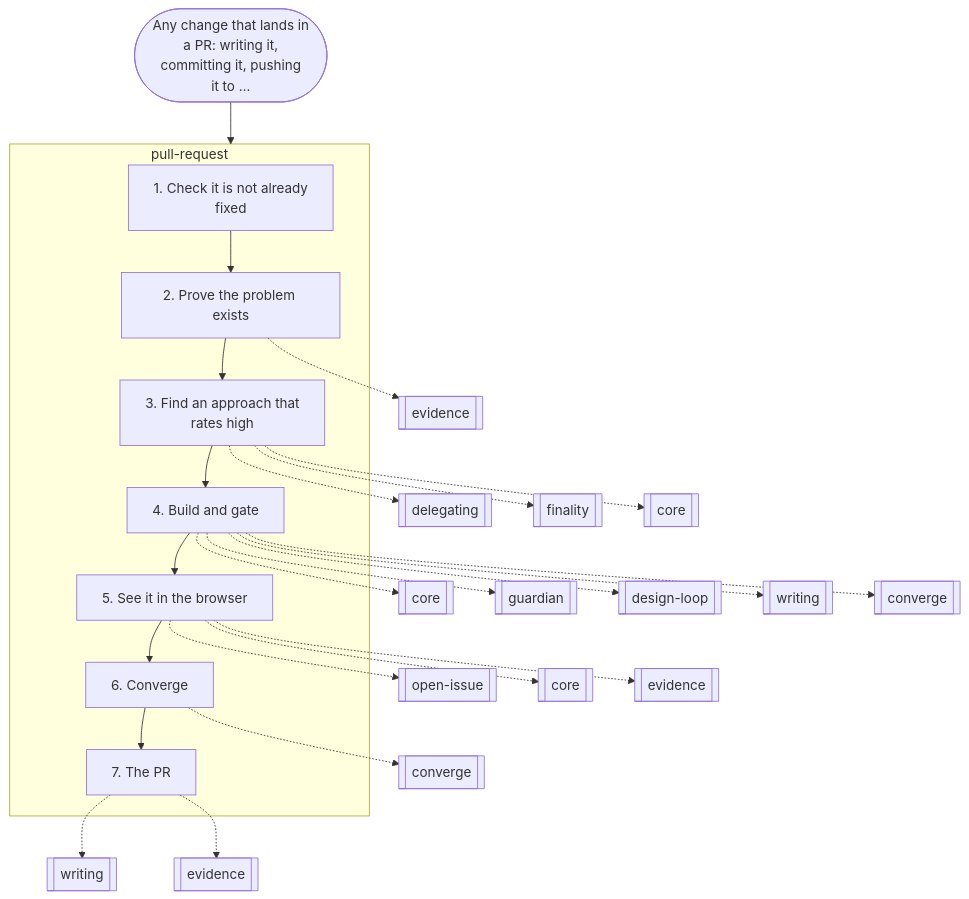
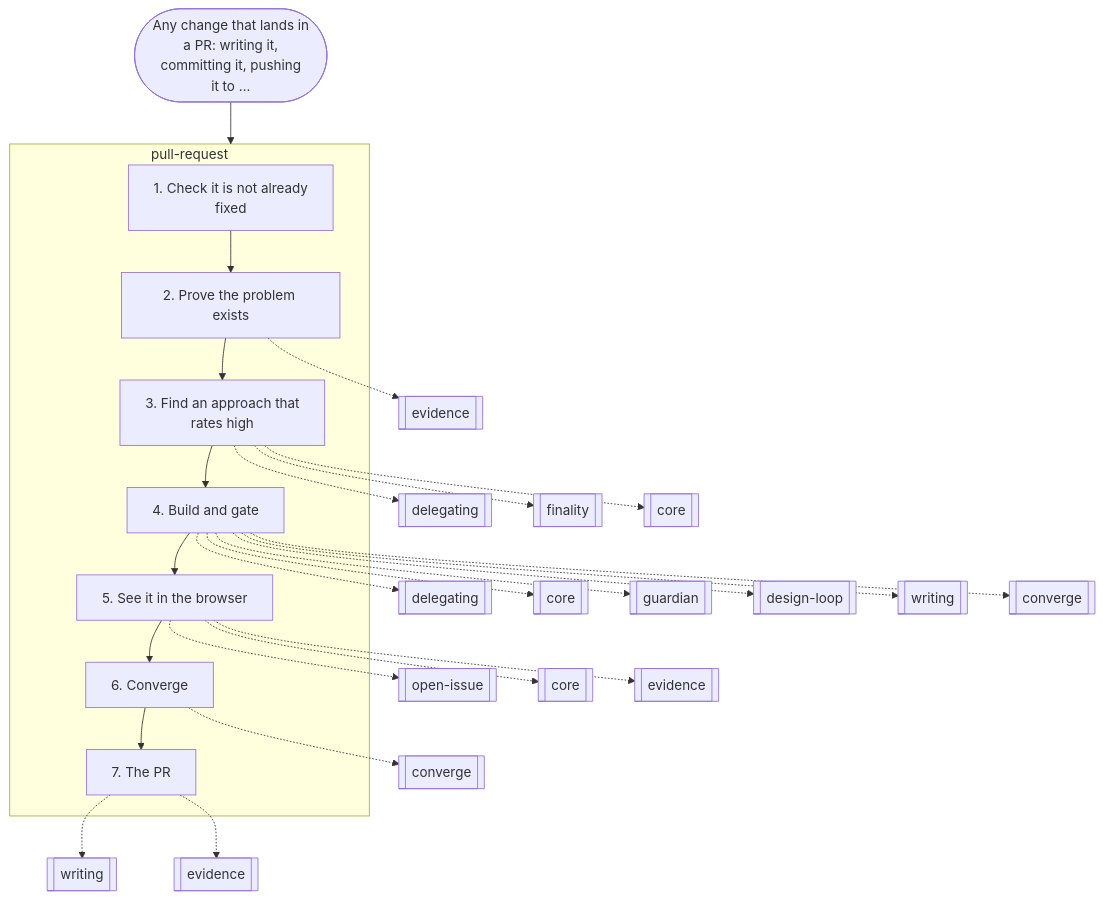
Before and after one commit to nitedani/mergeworthy: the seventh of 17 diagrams in docs/graphs.md, drawn with Mermaid. The commit also changed other lines of this file and 4 other files, not shown here.

Commit message:
Green CI: regenerate docs/graphs.md, and tests/all.sh runs every CI check before a push

````diff
--- a/docs/graphs.md
+++ b/docs/graphs.md
@@ -206,35 +210,36 @@
 ```mermaid
 flowchart TB
   start(["Any change that lands in<br/>a PR: writing it,<br/>committing it, pushing<br/>it to …"])
   subgraph g0["pull-request"]
     s0["1. Check it is not already<br/>fixed"]
     s1["2. Prove the problem exists"]
     s0 --> s1
     s2["3. Find an approach that<br/>rates high"]
     s1 --> s2
     s3["4. Build and gate"]
     s2 --> s3
     s4["5. See it in the browser"]
     s3 --> s4
     s5["6. Converge"]
     s4 --> s5
     s6["7. The PR"]
     s5 --> s6
   end
   s1 -.-> r1[["evidence"]]
   s2 -.-> r2[["delegating"]]
   s2 -.-> r3[["finality"]]
   s2 -.-> r4[["core"]]
-  s3 -.-> r5[["core"]]
-  s3 -.-> r6[["guardian"]]
-  s3 -.-> r7[["design-loop"]]
-  s3 -.-> r8[["writing"]]
-  s3 -.-> r9[["converge"]]
-  s4 -.-> r10[["open-issue"]]
-  s4 -.-> r11[["core"]]
-  s4 -.-> r12[["evidence"]]
-  s5 -.-> r13[["converge"]]
-  s6 -.-> r14[["writing"]]
-  s6 -.-> r15[["evidence"]]
+  s3 -.-> r5[["delegating"]]
+  s3 -.-> r6[["core"]]
+  s3 -.-> r7[["guardian"]]
+  s3 -.-> r8[["design-loop"]]
+  s3 -.-> r9[["writing"]]
+  s3 -.-> r10[["converge"]]
+  s4 -.-> r11[["open-issue"]]
+  s4 -.-> r12[["core"]]
+  s4 -.-> r13[["evidence"]]
+  s5 -.-> r14[["converge"]]
+  s6 -.-> r15[["writing"]]
+  s6 -.-> r16[["evidence"]]
   start --> g0
 ```
````
